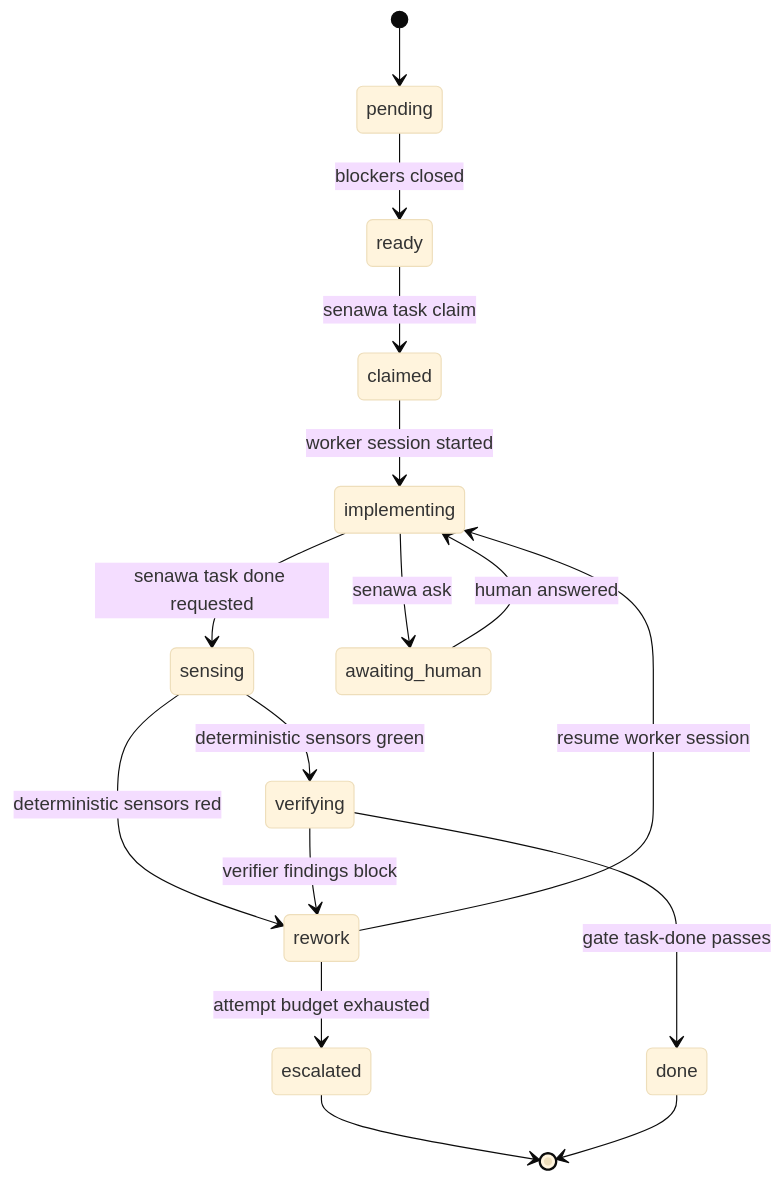
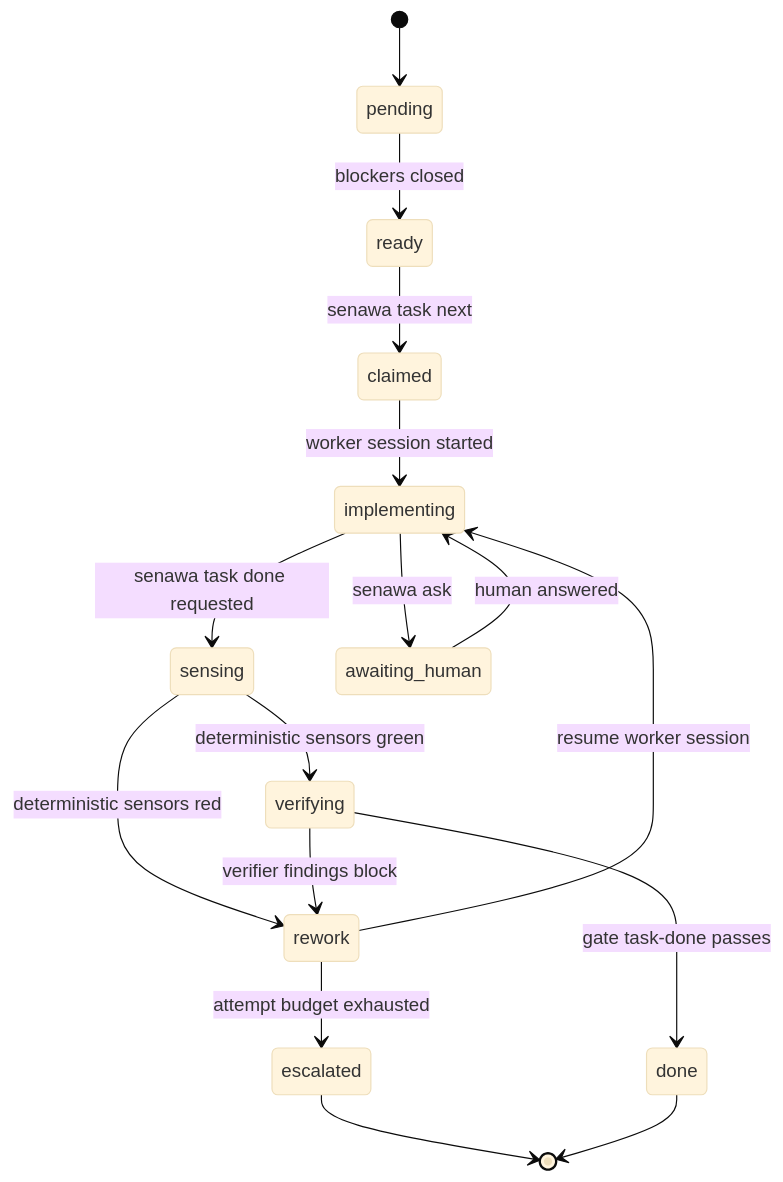
One commit to dasiths/senawa changed the second of 3 diagrams in docs/design/multi-agent-orchestration.md. Above: the diagram before and after it, drawn with Mermaid (base theme). The commit also changed other lines of this file and 1 other file, not shown here.

````diff
--- a/docs/design/multi-agent-orchestration.md
+++ b/docs/design/multi-agent-orchestration.md
@@ -155,18 +201,18 @@
 ```mermaid
 stateDiagram-v2
     [*] --> pending
     pending --> ready: blockers closed
-    ready --> claimed: senawa task claim
+    ready --> claimed: senawa task next
     claimed --> implementing: worker session started
     implementing --> sensing: senawa task done requested
     sensing --> verifying: deterministic sensors green
     sensing --> rework: deterministic sensors red
     verifying --> done: gate task-done passes
     verifying --> rework: verifier findings block
     rework --> implementing: resume worker session
     rework --> escalated: attempt budget exhausted
     implementing --> awaiting_human: senawa ask
     awaiting_human --> implementing: human answered
     escalated --> [*]
     done --> [*]
 ```
````
